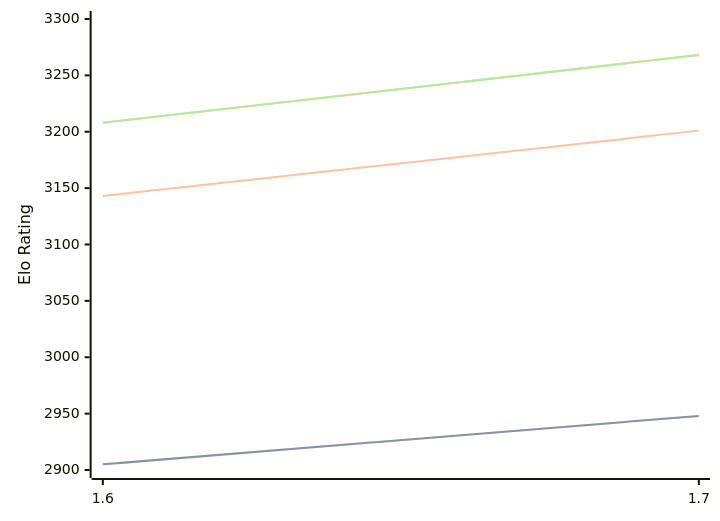
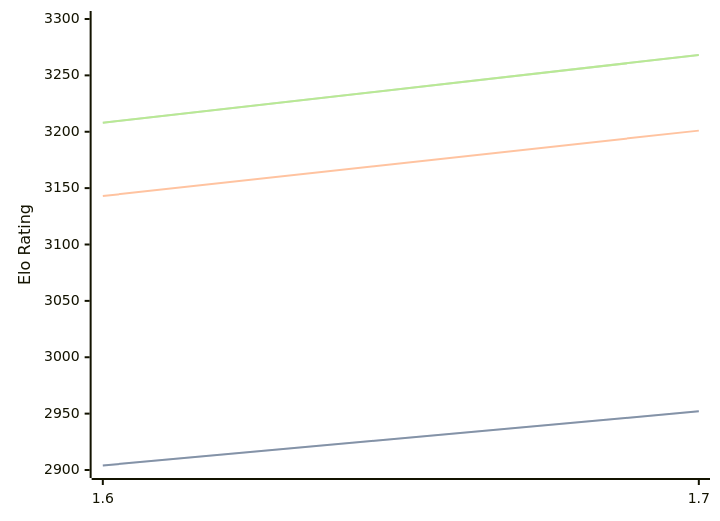
The diagram in engines/Bitbit.md (computer-chess-index/cci), drawn with Mermaid before and after one commit. The commit also changed other lines of this file, not shown here.

````diff
--- a/engines/Bitbit.md
+++ b/engines/Bitbit.md
@@ -32,11 +32,11 @@
 ```mermaid
 %%{init: {"theme":"base","themeVariables":{"seriesColors:['#a3a3a3','#222221','#faa371']}}}%%
 xychart-beta
   x-axis ["1.6", "1.7"]
   y-axis "Elo Rating" 2900 --> 3300
-  line "" [2905, 2948]
-  line "STC (8.0+0.08s)" [2905, 2948]
+  line "" [2904, 2952]
+  line "STC (8.0+0.08s)" [2904, 2952]
   line "LTC (60.0+0.60s)" [3143, 3201]
   line "" [3208, 3268]
   line "VLTC (2m24s+1.12s)" [3208, 3268]
 ```
````
